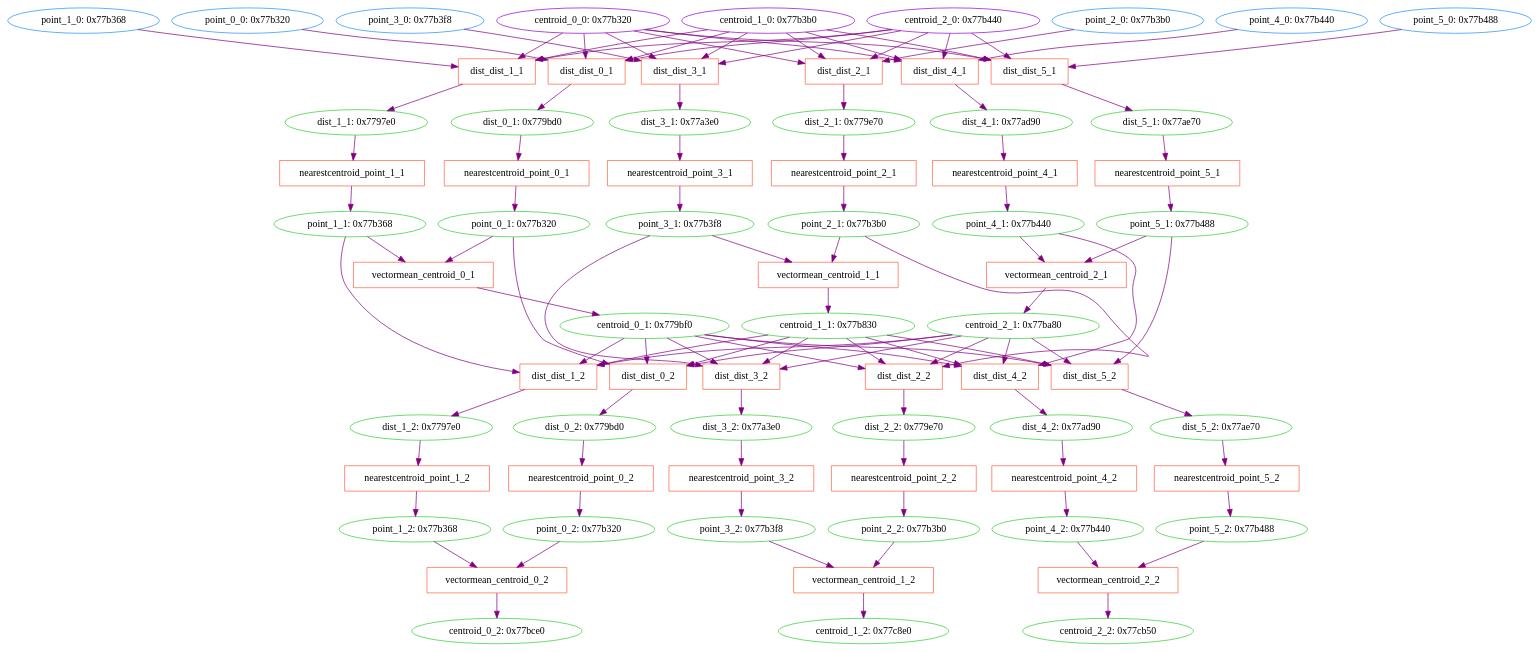
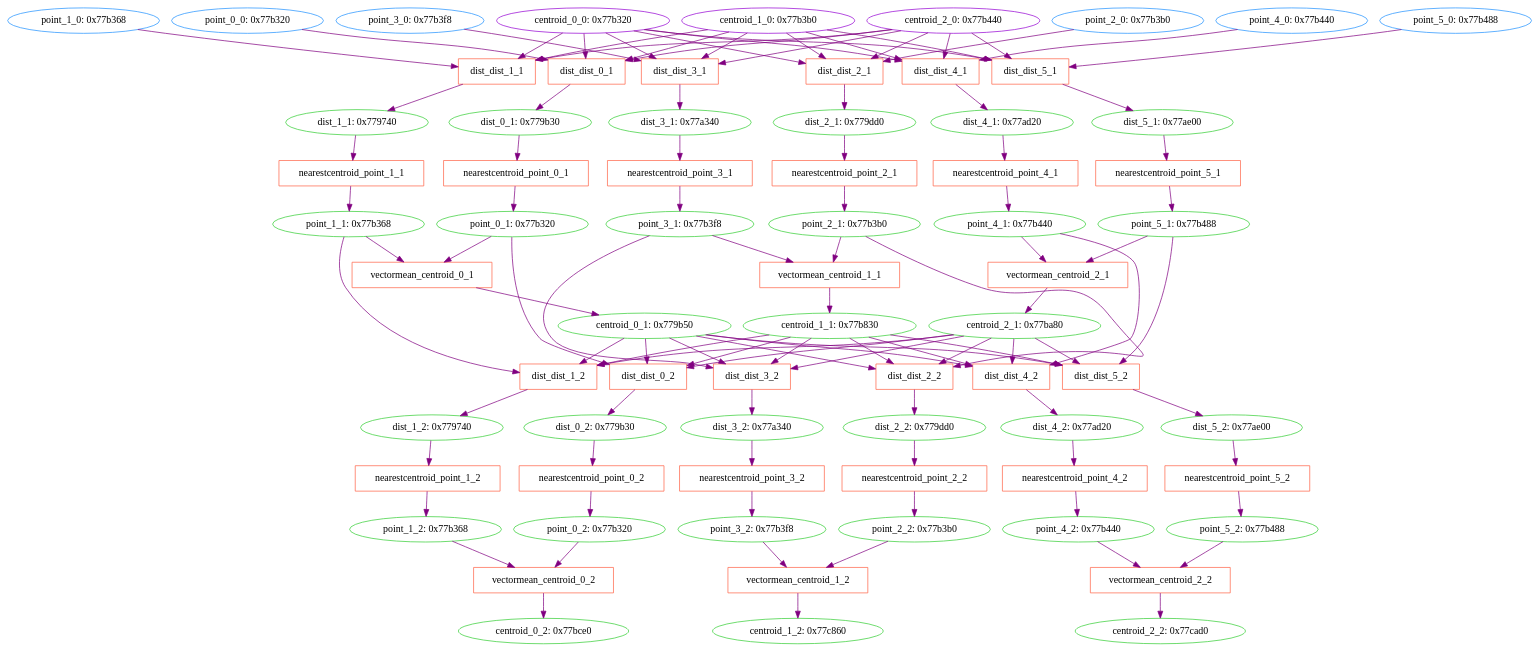
The diagram in data/toy-kmeans/cprov/test.dot (milliondegree/PXAI), drawn with Graphviz before and after one commit. The commit also changed 4 other files, not shown here.

```diff
--- a/data/toy-kmeans/cprov/test.dot
+++ b/data/toy-kmeans/cprov/test.dot
@@ -8,65 +8,65 @@
 6 [label="centroid_0_0: 0x77b320", shape=oval, color=darkviolet];
 7 [label="centroid_1_0: 0x77b3b0", shape=oval, color=darkviolet];
 8 [label="centroid_2_0: 0x77b440", shape=oval, color=darkviolet];
-9 [label="dist_0_1: 0x779bd0", shape=oval, color=limegreen];
+9 [label="dist_0_1: 0x779b30", shape=oval, color=limegreen];
 10 [label="dist_dist_0_1", shape=box, color=tomato];
 11 [label="point_0_1: 0x77b320", shape=oval, color=limegreen];
 12 [label="nearestcentroid_point_0_1", shape=box, color=tomato];
-13 [label="dist_1_1: 0x7797e0", shape=oval, color=limegreen];
+13 [label="dist_1_1: 0x779740", shape=oval, color=limegreen];
 14 [label="dist_dist_1_1", shape=box, color=tomato];
 15 [label="point_1_1: 0x77b368", shape=oval, color=limegreen];
 16 [label="nearestcentroid_point_1_1", shape=box, color=tomato];
-17 [label="dist_2_1: 0x779e70", shape=oval, color=limegreen];
+17 [label="dist_2_1: 0x779dd0", shape=oval, color=limegreen];
 18 [label="dist_dist_2_1", shape=box, color=tomato];
 19 [label="point_2_1: 0x77b3b0", shape=oval, color=limegreen];
 20 [label="nearestcentroid_point_2_1", shape=box, color=tomato];
-21 [label="dist_3_1: 0x77a3e0", shape=oval, color=limegreen];
+21 [label="dist_3_1: 0x77a340", shape=oval, color=limegreen];
 22 [label="dist_dist_3_1", shape=box, color=tomato];
 23 [label="point_3_1: 0x77b3f8", shape=oval, color=limegreen];
 24 [label="nearestcentroid_point_3_1", shape=box, color=tomato];
-25 [label="dist_4_1: 0x77ad90", shape=oval, color=limegreen];
+25 [label="dist_4_1: 0x77ad20", shape=oval, color=limegreen];
 26 [label="dist_dist_4_1", shape=box, color=tomato];
 27 [label="point_4_1: 0x77b440", shape=oval, color=limegreen];
 28 [label="nearestcentroid_point_4_1", shape=box, color=tomato];
-29 [label="dist_5_1: 0x77ae70", shape=oval, color=limegreen];
+29 [label="dist_5_1: 0x77ae00", shape=oval, color=limegreen];
 30 [label="dist_dist_5_1", shape=box, color=tomato];
 31 [label="point_5_1: 0x77b488", shape=oval, color=limegreen];
 32 [label="nearestcentroid_point_5_1", shape=box, color=tomato];
-33 [label="centroid_0_1: 0x779bf0", shape=oval, color=limegreen];
+33 [label="centroid_0_1: 0x779b50", shape=oval, color=limegreen];
 34 [label="vectormean_centroid_0_1", shape=box, color=tomato];
 35 [label="centroid_1_1: 0x77b830", shape=oval, color=limegreen];
 36 [label="vectormean_centroid_1_1", shape=box, color=tomato];
 37 [label="centroid_2_1: 0x77ba80", shape=oval, color=limegreen];
 38 [label="vectormean_centroid_2_1", shape=box, color=tomato];
-39 [label="dist_0_2: 0x779bd0", shape=oval, color=limegreen];
+39 [label="dist_0_2: 0x779b30", shape=oval, color=limegreen];
 40 [label="dist_dist_0_2", shape=box, color=tomato];
 41 [label="point_0_2: 0x77b320", shape=oval, color=limegreen];
 42 [label="nearestcentroid_point_0_2", shape=box, color=tomato];
-43 [label="dist_1_2: 0x7797e0", shape=oval, color=limegreen];
+43 [label="dist_1_2: 0x779740", shape=oval, color=limegreen];
 44 [label="dist_dist_1_2", shape=box, color=tomato];
 45 [label="point_1_2: 0x77b368", shape=oval, color=limegreen];
 46 [label="nearestcentroid_point_1_2", shape=box, color=tomato];
-47 [label="dist_2_2: 0x779e70", shape=oval, color=limegreen];
+47 [label="dist_2_2: 0x779dd0", shape=oval, color=limegreen];
 48 [label="dist_dist_2_2", shape=box, color=tomato];
 49 [label="point_2_2: 0x77b3b0", shape=oval, color=limegreen];
 50 [label="nearestcentroid_point_2_2", shape=box, color=tomato];
-51 [label="dist_3_2: 0x77a3e0", shape=oval, color=limegreen];
+51 [label="dist_3_2: 0x77a340", shape=oval, color=limegreen];
 52 [label="dist_dist_3_2", shape=box, color=tomato];
 53 [label="point_3_2: 0x77b3f8", shape=oval, color=limegreen];
 54 [label="nearestcentroid_point_3_2", shape=box, color=tomato];
-55 [label="dist_4_2: 0x77ad90", shape=oval, color=limegreen];
+55 [label="dist_4_2: 0x77ad20", shape=oval, color=limegreen];
 56 [label="dist_dist_4_2", shape=box, color=tomato];
 57 [label="point_4_2: 0x77b440", shape=oval, color=limegreen];
 58 [label="nearestcentroid_point_4_2", shape=box, color=tomato];
-59 [label="dist_5_2: 0x77ae70", shape=oval, color=limegreen];
+59 [label="dist_5_2: 0x77ae00", shape=oval, color=limegreen];
 60 [label="dist_dist_5_2", shape=box, color=tomato];
 61 [label="point_5_2: 0x77b488", shape=oval, color=limegreen];
 62 [label="nearestcentroid_point_5_2", shape=box, color=tomato];
 63 [label="centroid_0_2: 0x77bce0", shape=oval, color=limegreen];
 64 [label="vectormean_centroid_0_2", shape=box, color=tomato];
-65 [label="centroid_1_2: 0x77c8e0", shape=oval, color=limegreen];
+65 [label="centroid_1_2: 0x77c860", shape=oval, color=limegreen];
 66 [label="vectormean_centroid_1_2", shape=box, color=tomato];
-67 [label="centroid_2_2: 0x77cb50", shape=oval, color=limegreen];
+67 [label="centroid_2_2: 0x77cad0", shape=oval, color=limegreen];
 68 [label="vectormean_centroid_2_2", shape=box, color=tomato];
 10->9  [color=purple]
  [label=""];
```
